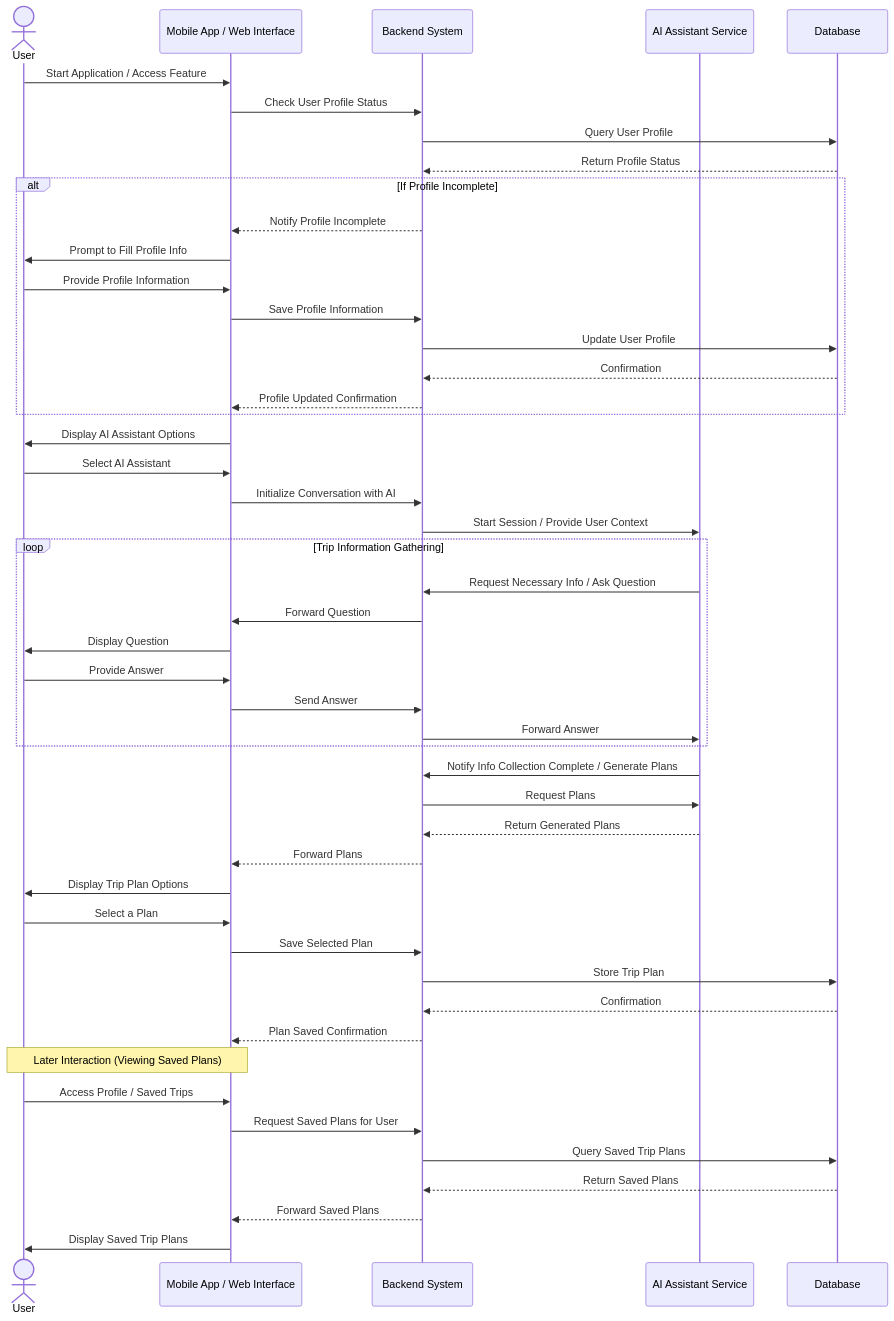
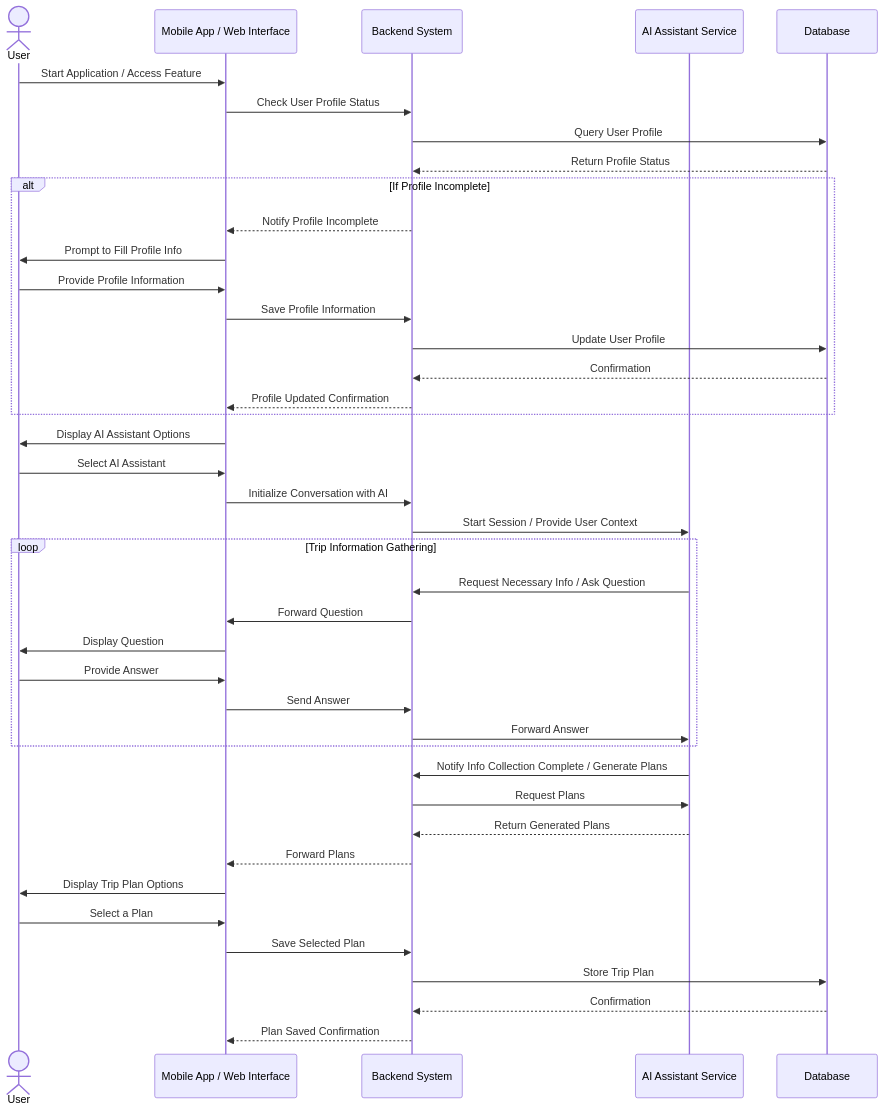
Before and after one commit to amymacumc/WanderPal: the diagram in README.md, drawn with Mermaid. The commit also changed other lines of this file, not shown here.

````diff
--- a/README.md
+++ b/README.md
@@ -82,58 +95,49 @@
- ```mermaid
+```mermaid
 sequenceDiagram
     actor User
     participant App as Mobile App / Web Interface
     participant Backend as Backend System
     participant AI as AI Assistant Service
     participant DB as Database
 
     User->>App: Start Application / Access Feature
     App->>Backend: Check User Profile Status
     Backend->>DB: Query User Profile
     DB-->>Backend: Return Profile Status
 
     alt If Profile Incomplete
         Backend-->>App: Notify Profile Incomplete
         App->>User: Prompt to Fill Profile Info
         User->>App: Provide Profile Information
         App->>Backend: Save Profile Information
         Backend->>DB: Update User Profile
         DB-->>Backend: Confirmation
         Backend-->>App: Profile Updated Confirmation
     end
 
     App->>User: Display AI Assistant Options
     User->>App: Select AI Assistant
     App->>Backend: Initialize Conversation with AI
     Backend->>AI: Start Session / Provide User Context
 
     loop Trip Information Gathering
         AI->>Backend: Request Necessary Info / Ask Question
         Backend->>App: Forward Question
         App->>User: Display Question
         User->>App: Provide Answer
         App->>Backend: Send Answer
         Backend->>AI: Forward Answer
     end
 
     AI->>Backend: Notify Info Collection Complete / Generate Plans
     Backend->>AI: Request Plans
     AI-->>Backend: Return Generated Plans
     Backend-->>App: Forward Plans
     App->>User: Display Trip Plan Options
 
     User->>App: Select a Plan
     App->>Backend: Save Selected Plan
     Backend->>DB: Store Trip Plan
     DB-->>Backend: Confirmation
     Backend-->>App: Plan Saved Confirmation
-
-    Note over User,App: Later Interaction (Viewing Saved Plans)
-
-    User->>App: Access Profile / Saved Trips
-    App->>Backend: Request Saved Plans for User
-    Backend->>DB: Query Saved Trip Plans
-    DB-->>Backend: Return Saved Plans
-    Backend-->>App: Forward Saved Plans
-    App->>User: Display Saved Trip Plans
 ```
````
